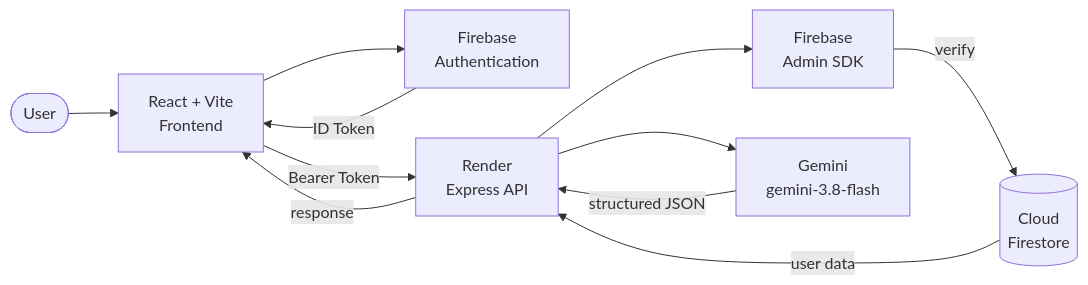
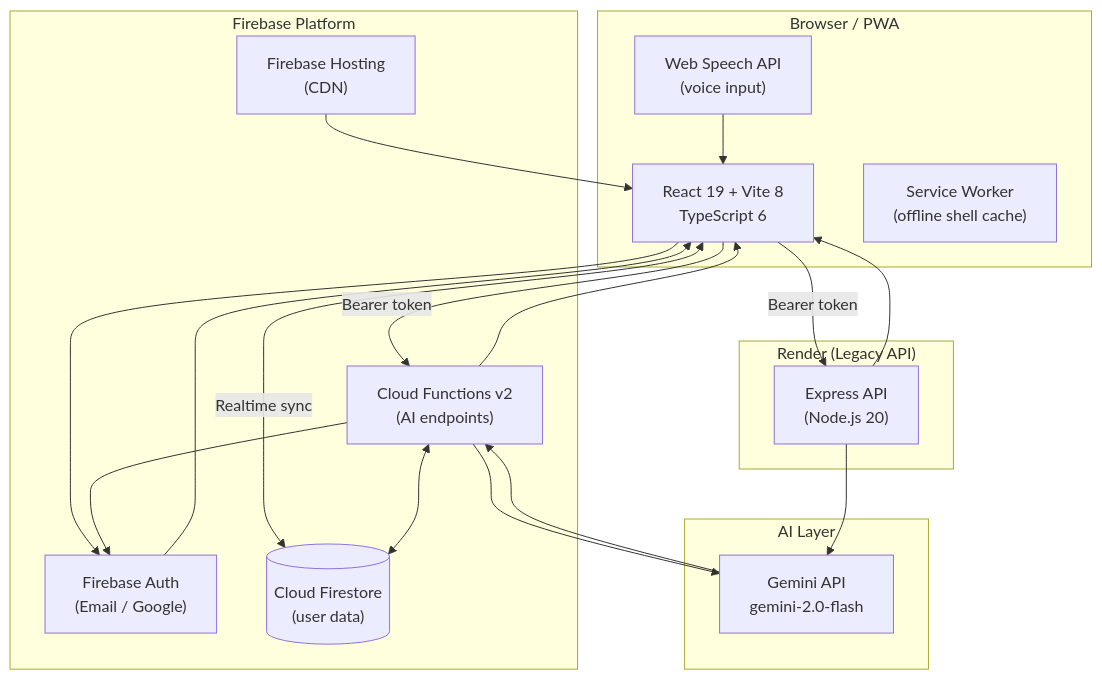
Before and after one commit to tanmayyyyayyy/FINANCIAL-OBSERVATORY: the diagram in README.md, drawn with Mermaid. The commit also changed other lines of this file, not shown here.

Commit message:
docs: rewrite README to be recruiter-ready with full feature coverage, architecture, and mobile shortcuts

````diff
--- a/README.md
+++ b/README.md
@@ -193,13 +272,38 @@
 ```mermaid
-flowchart LR
-    U([User]) --> F["React + Vite\nFrontend"]
-    F --> Auth["Firebase\nAuthentication"]
-    Auth -- ID Token --> F
-    F -- "Bearer Token" --> API["Render\nExpress API"]
-    API --> Admin["Firebase\nAdmin SDK"]
-    Admin -- verify --> FS[("Cloud\nFirestore")]
-    FS -- user data --> API
-    API --> G["Gemini\ngemini-3.8-flash"]
-    G -- structured JSON --> API
-    API -- response --> F
+flowchart TB
+    subgraph Client["Browser / PWA"]
+        UI["React 19 + Vite 8\nTypeScript 6"]
+        SW["Service Worker\n(offline shell cache)"]
+        Speech["Web Speech API\n(voice input)"]
+    end
+
+    subgraph Firebase["Firebase Platform"]
+        Auth["Firebase Auth\n(Email / Google)"]
+        FS[("Cloud Firestore\n(user data)")]
+        Hosting["Firebase Hosting\n(CDN)"]
+        Fn["Cloud Functions v2\n(AI endpoints)"]
+    end
+
+    subgraph AI["AI Layer"]
+        Gemini["Gemini API\ngemini-2.0-flash"]
+    end
+
+    subgraph Render["Render (Legacy API)"]
+        Express["Express API\n(Node.js 20)"]
+    end
+
+    UI --> Auth
+    Auth --> UI
+    UI <-->|"Realtime sync"| FS
+    UI -->|"Bearer token"| Fn
+    Fn --> Auth
+    Fn <--> FS
+    Fn --> Gemini
+    Gemini --> Fn
+    Fn --> UI
+    UI -->|"Bearer token"| Express
+    Express --> Gemini
+    Express --> UI
+    Hosting --> UI
+    Speech --> UI
 ```
````
